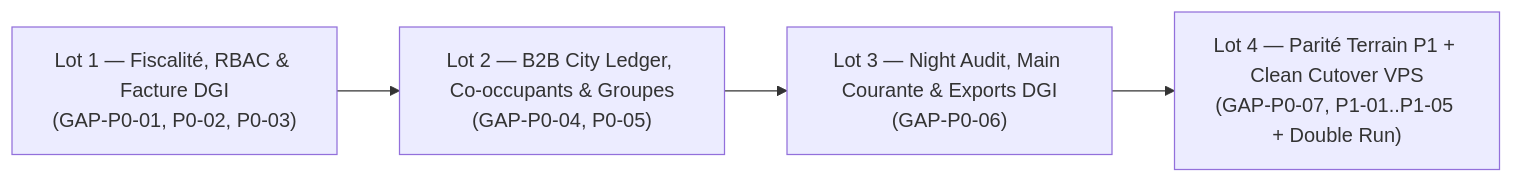
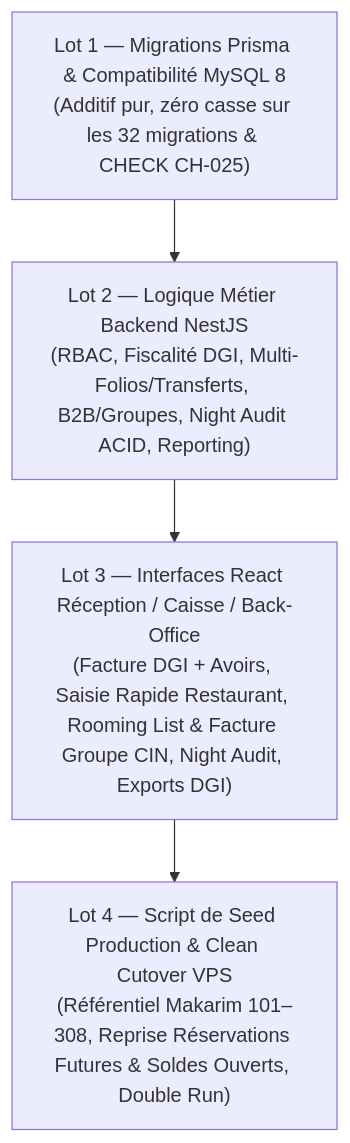
One commit to fasopost2965/MakarimPMS_V2 changed the diagram in Audit_Makarim/docs_audit/04_gap_analysis_v2_vs_flex.md. Above: the diagram before and after it, drawn with Mermaid. The commit also changed other lines of this file, not shown here.

Commit message:
docs(audit): structuration par couche (Prisma/NestJS/React) et plan 4 lots P0 sans regression migrations

````diff
--- a/Audit_Makarim/docs_audit/04_gap_analysis_v2_vs_flex.md
+++ b/Audit_Makarim/docs_audit/04_gap_analysis_v2_vs_flex.md
@@ -165,6 +79,9 @@
 ```mermaid
-flowchart LR
-    L1["Lot 1 — Fiscalité, RBAC & Facture DGI<br/>(GAP-P0-01, P0-02, P0-03)"] --> L2["Lot 2 — B2B City Ledger, Co-occupants & Groupes<br/>(GAP-P0-04, P0-05)"]
-    L2 --> L3["Lot 3 — Night Audit, Main Courante & Exports DGI<br/>(GAP-P0-06)"]
-    L3 --> L4["Lot 4 — Parité Terrain P1 + Clean Cutover VPS<br/>(GAP-P0-07, P1-01..P1-05 + Double Run)"]
+flowchart TD
+    L1["Lot 1 — Migrations Prisma & Compatibilité MySQL 8<br/>(Additif pur, zéro casse sur les 32 migrations & CHECK CH-025)"]
+    L2["Lot 2 — Logique Métier Backend NestJS<br/>(RBAC, Fiscalité DGI, Multi-Folios/Transferts, B2B/Groupes, Night Audit ACID, Reporting)"]
+    L3["Lot 3 — Interfaces React Réception / Caisse / Back-Office<br/>(Facture DGI + Avoirs, Saisie Rapide Restaurant, Rooming List & Facture Groupe CIN, Night Audit, Exports DGI)"]
+    L4["Lot 4 — Script de Seed Production & Clean Cutover VPS<br/>(Référentiel Makarim 101–308, Reprise Réservations Futures & Soldes Ouverts, Double Run)"]
+
+    L1 --> L2 --> L3 --> L4
 ```
````
